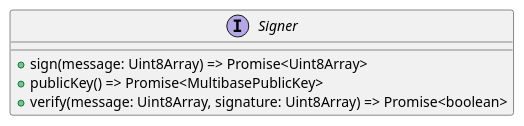
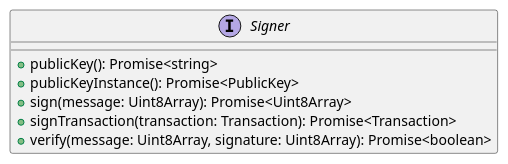
Before and after one commit to hiero-ledger/hiero-did-sdk-js: the diagram in docs/modules/ROOT/pages/03-implementation/components/diagrams/signer-interface-diagram.puml, drawn with PlantUML. The commit also changed 100 other files, not shown here.

```diff
--- a/docs/modules/ROOT/pages/03-implementation/components/diagrams/signer-interface-diagram.puml
+++ b/docs/modules/ROOT/pages/03-implementation/components/diagrams/signer-interface-diagram.puml
@@ -1,7 +1,9 @@
 @startuml
 interface Signer {
-  + sign(message: Uint8Array) => Promise<Uint8Array>
-  + publicKey() => Promise<MultibasePublicKey>
-  + verify(message: Uint8Array, signature: Uint8Array) => Promise<boolean>
+  + publicKey(): Promise<string>
+  + publicKeyInstance(): Promise<PublicKey>
+  + sign(message: Uint8Array): Promise<Uint8Array>
+  + signTransaction(transaction: Transaction): Promise<Transaction>
+  + verify(message: Uint8Array, signature: Uint8Array): Promise<boolean>
 }
 @enduml
```
